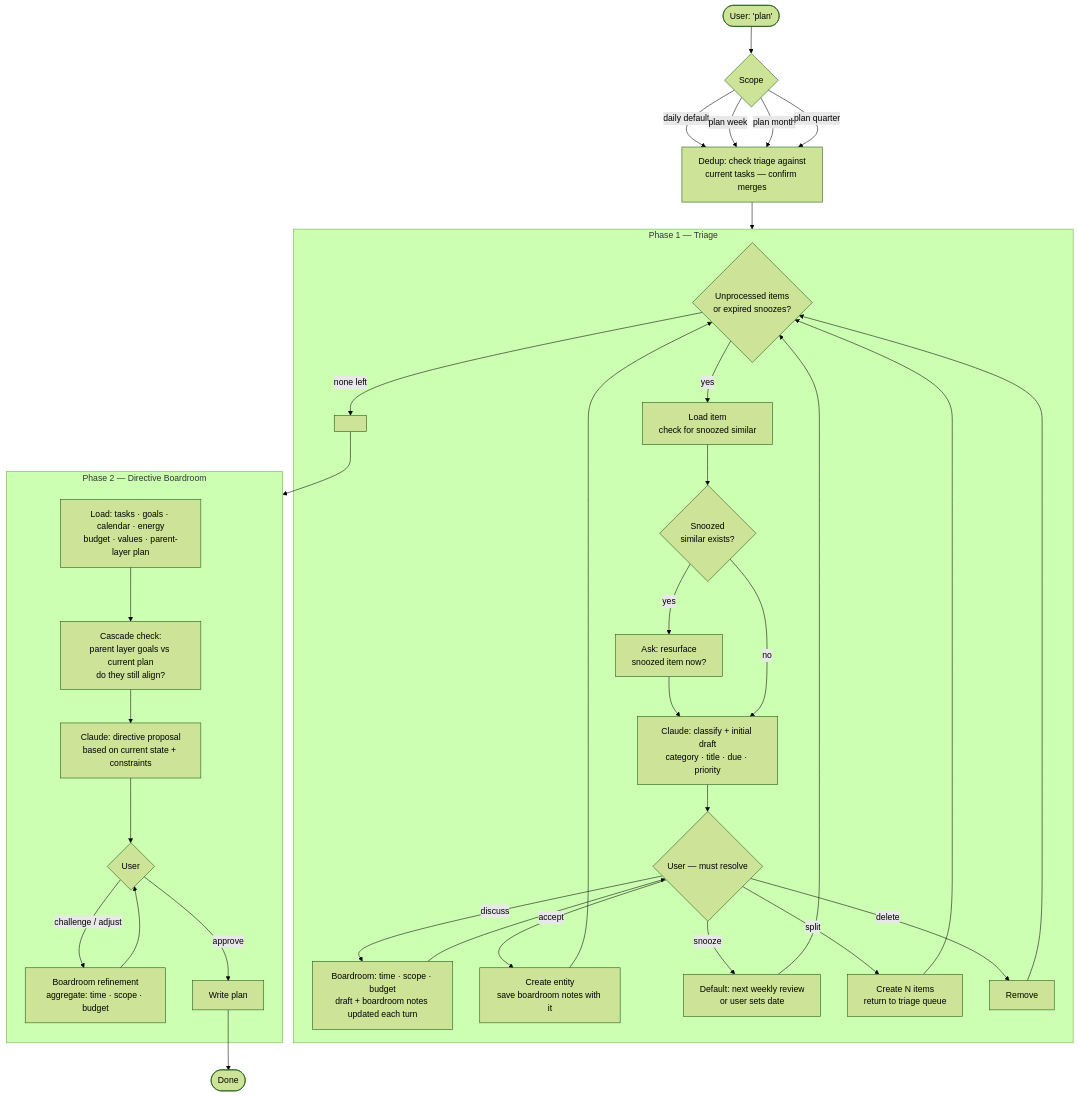
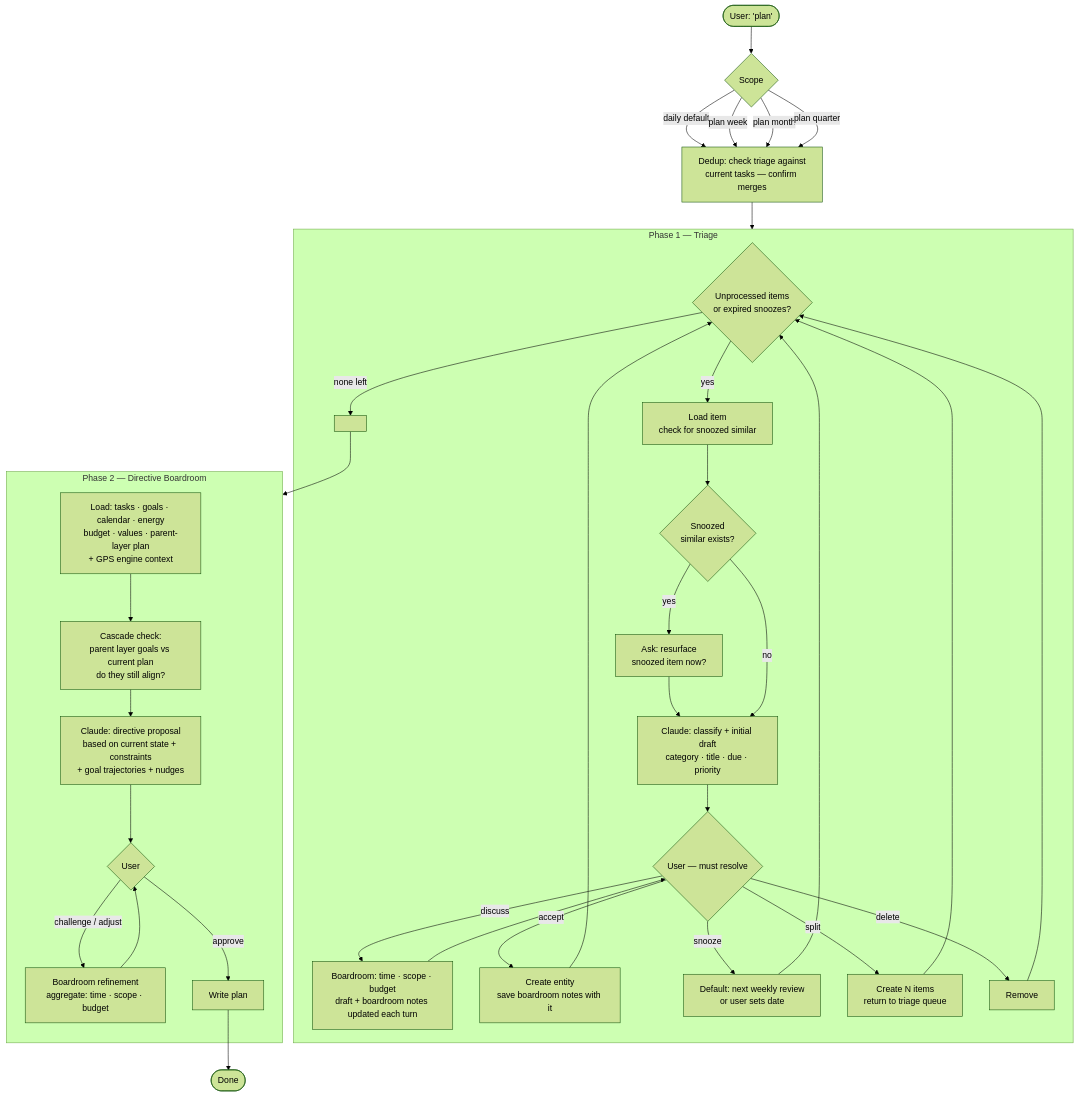
The first of 3 diagrams in docs/flows/plan.md (Guru227/viyugam), drawn with Mermaid (forest theme) before and after one commit. The commit also changed 33 other files, not shown here.

First line of the commit message:
feat: Implement GPS Priority Engine with scoring, nudges, and goal trajectories

````diff
--- a/docs/flows/plan.md
+++ b/docs/flows/plan.md
@@ -21,44 +21,44 @@
 ```mermaid
 flowchart TB
     START([User: 'plan']) --> SCOPE{Scope}
     SCOPE -->|daily default| DEDUP
     SCOPE -->|plan week| DEDUP
     SCOPE -->|plan month| DEDUP
     SCOPE -->|plan quarter| DEDUP
 
     DEDUP[Dedup: check triage against\ncurrent tasks — confirm merges]
     DEDUP --> P1
 
     subgraph P1 [Phase 1 — Triage]
         T1{Unprocessed items\nor expired snoozes?}
         T1 -->|yes| T2[Load item\ncheck for snoozed similar]
         T2 --> TSNZ{Snoozed\nsimilar exists?}
         TSNZ -->|yes| TSNZA[Ask: resurface\nsnoozed item now?]
         TSNZA --> T3
         TSNZ -->|no| T3
         T3[Claude: classify + initial draft\ncategory · title · due · priority]
         T3 --> T4{User — must resolve}
         T4 -->|discuss| T5[Boardroom: time · scope · budget\ndraft + boardroom notes updated each turn]
         T5 --> T4
         T4 -->|accept| T6[Create entity\nsave boardroom notes with it]
         T4 -->|snooze| T9[Default: next weekly review\nor user sets date]
         T4 -->|split| T10[Create N items\nreturn to triage queue]
         T4 -->|delete| T8[Remove]
         T6 & T8 & T9 & T10 --> T1
         T1 -->|none left| NEXT
     end
 
     NEXT[ ] --> P2
 
     subgraph P2 [Phase 2 — Directive Boardroom]
-        P2A[Load: tasks · goals · calendar · energy\nbudget · values · parent-layer plan]
+        P2A[Load: tasks · goals · calendar · energy\nbudget · values · parent-layer plan\n+ GPS engine context]
         P2A --> P2CK[Cascade check:\nparent layer goals vs current plan\ndo they still align?]
-        P2CK --> P2B[Claude: directive proposal\nbased on current state + constraints]
+        P2CK --> P2B[Claude: directive proposal\nbased on current state + constraints\n+ goal trajectories + nudges]
         P2B --> P2C{User}
         P2C -->|challenge / adjust| P2D[Boardroom refinement\naggregate: time · scope · budget]
         P2D --> P2C
         P2C -->|approve| P2E[Write plan]
     end
 
     P2E --> DONE([Done])
 ```
````
